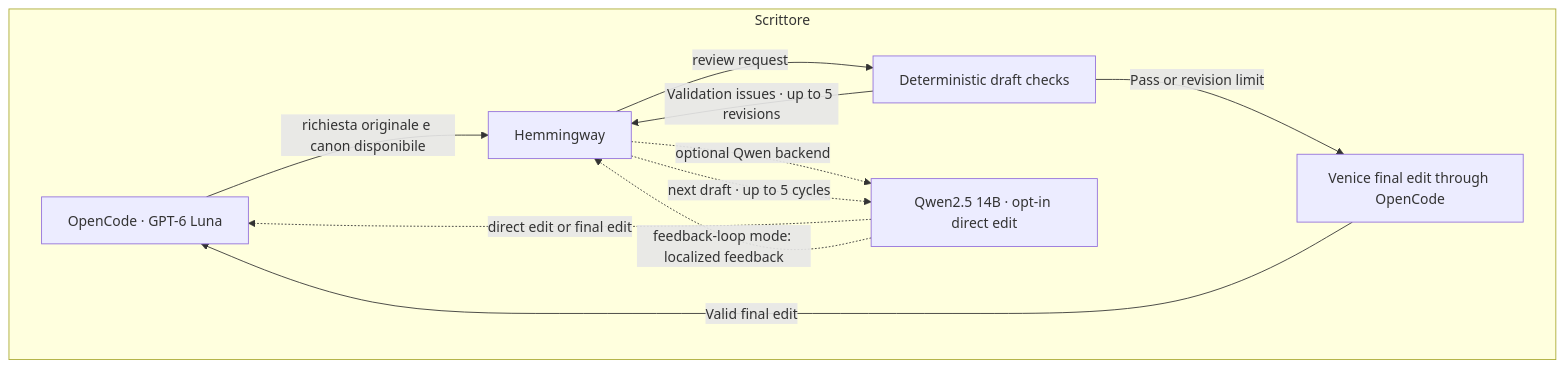
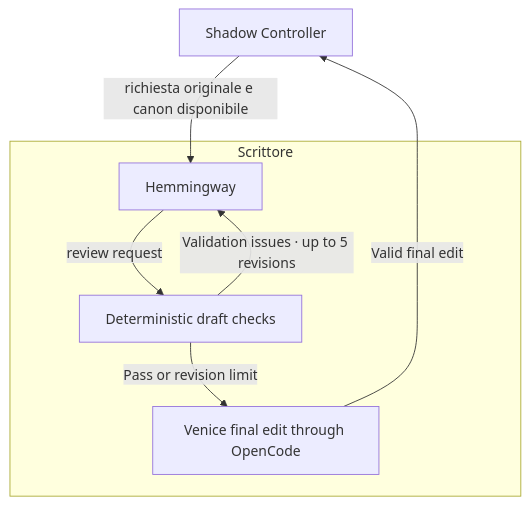
One commit to DRincs-Productions/LM-Studio changed the fourth of 12 diagrams in README.md. Above: the diagram before and after it, drawn with Mermaid. The commit also changed other lines of this file and 3 other files, not shown here.

````diff
--- a/README.md
+++ b/README.md
@@ -108,19 +108,14 @@
 ```mermaid
 flowchart TD
-    C[OpenCode · GPT-6 Luna]
+    C[Shadow Controller]
     subgraph SCRITTORE[Scrittore]
         W[Hemmingway]
         G[Deterministic draft checks]
         X[Venice final edit through OpenCode]
-        Q[Qwen2.5 14B · opt-in direct edit]
         W -->|review request| G
         G -->|Validation issues · up to 5 revisions| W
         G -->|Pass or revision limit| X
-        W -. optional Qwen backend .-> Q
-        Q -. direct edit or final edit .-> C
-        Q -. feedback-loop mode: localized feedback .-> W
-        W -. next draft · up to 5 cycles .-> Q
     end
     C -->|richiesta originale e canon disponibile| W
     X -->|Valid final edit| C
 ```
````
